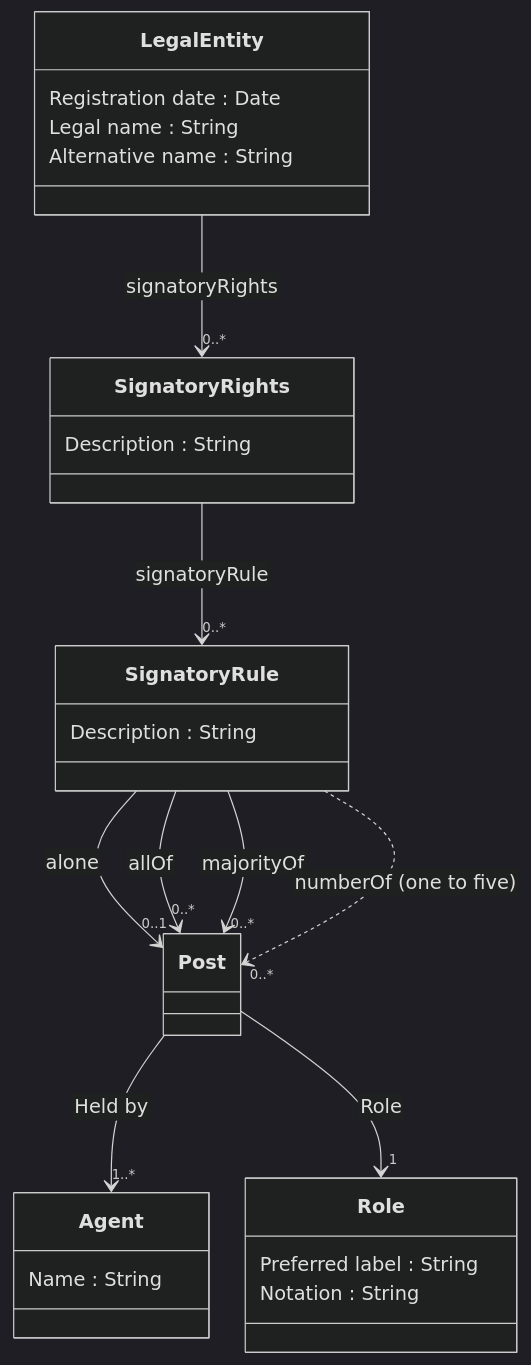
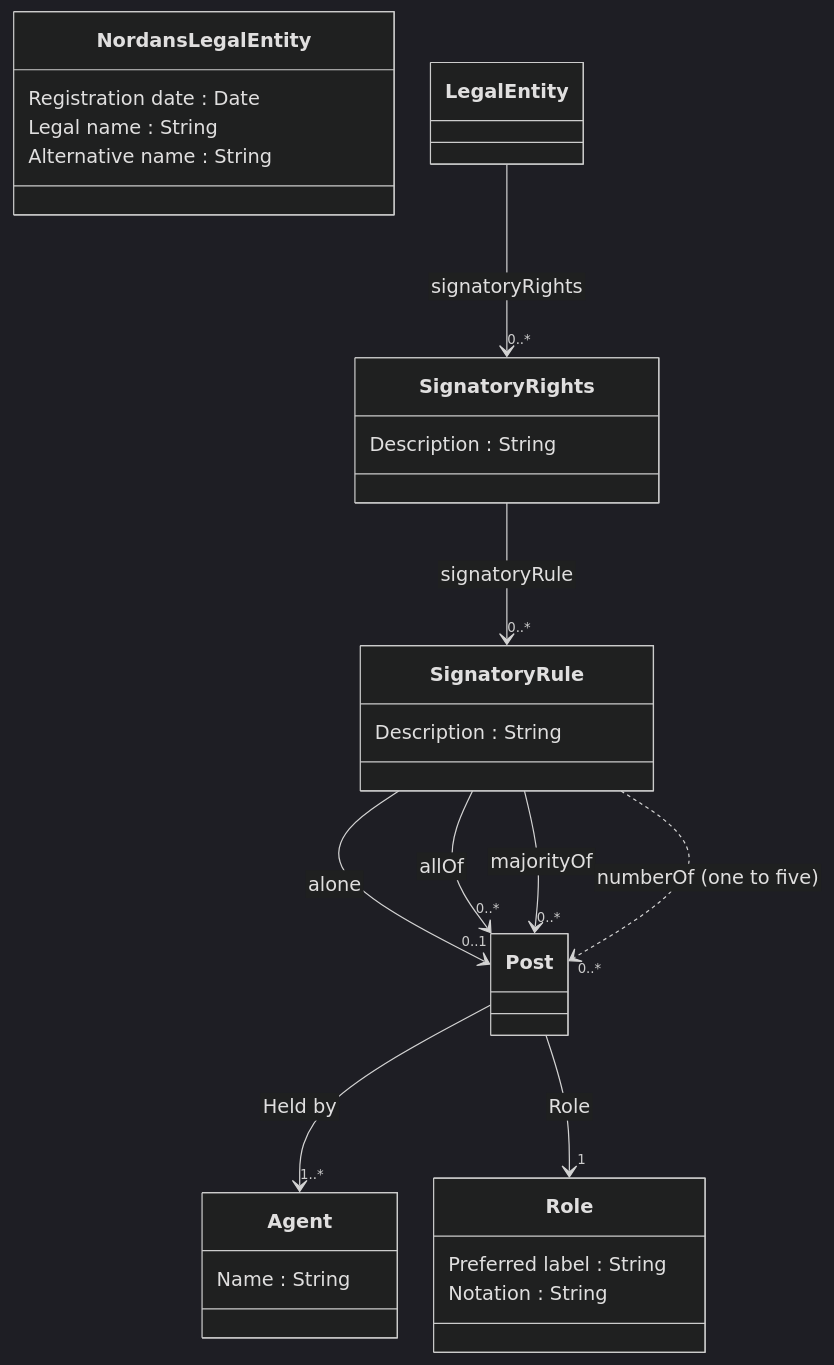
One commit to nordicsmartgovernment/Nordic-Smart-Government-Datamodel-Examples changed the diagram in README.md. Above: the diagram before and after it, drawn with Mermaid (dark theme).

````diff
--- a/README.md
+++ b/README.md
@@ -21,44 +21,44 @@
 ```mermaid
  %%{init:{'flowchart':{'nodeSpacing': 30, 'rankSpacing': 95, 'htmlLabels': false}}}%%
     classDiagram
        
-        class LegalEntity {
+        class NordansLegalEntity {
             Registration date : Date
             Legal name : String
             Alternative name : String
         }
 
         LegalEntity --> "0..*" SignatoryRights : signatoryRights
 
         class SignatoryRights {
             Description : String
         }
 
         SignatoryRights --> "0..*" SignatoryRule : signatoryRule
 
         class SignatoryRule {
             Description : String
         }
 
         SignatoryRule --> "0..1" Post : alone
         SignatoryRule --> "0..*" Post : allOf
         SignatoryRule --> "0..*" Post : majorityOf
         SignatoryRule ..> "0..*" Post : numberOf (one to five)
 
         class Post {
 
         }
 
         Post --> "1..*" Agent : Held by
         Post --> "1" Role : Role
 
         class Role {
             Preferred label : String
             Notation : String
         }
 
         class Agent {
             Name : String
         }
 
 ```
````
